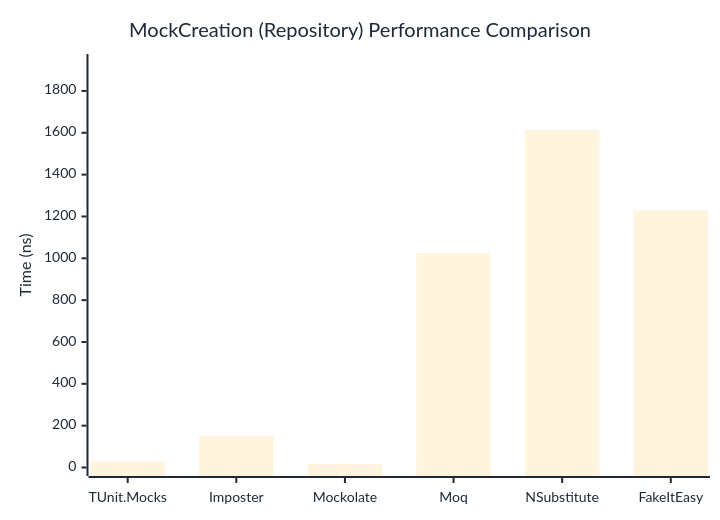
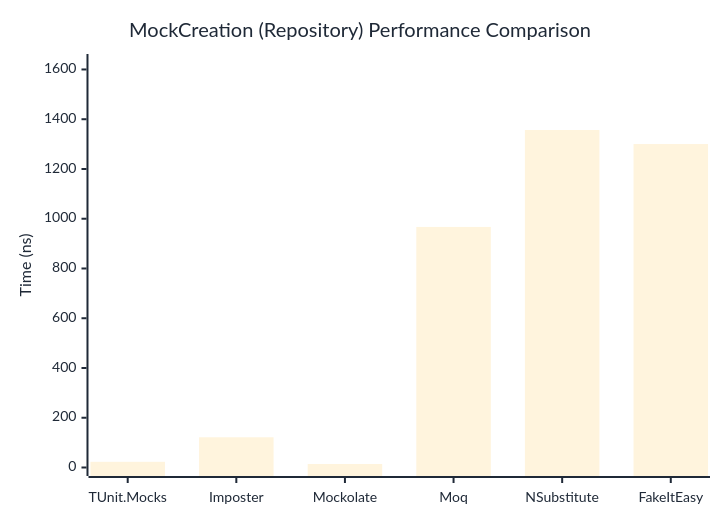
The second of 2 diagrams in docs/docs/benchmarks/mocks/MockCreation.md (thomhurst/TUnit), drawn with Mermaid before and after one commit. The commit also changed other lines of this file and 14 other files, not shown here.

````diff
--- a/docs/docs/benchmarks/mocks/MockCreation.md
+++ b/docs/docs/benchmarks/mocks/MockCreation.md
@@ -71,27 +71,27 @@
 ```mermaid
 %%{init: {
   'theme':'base',
   'themeVariables': {
     'primaryColor': '#2563eb',
     'primaryTextColor': '#1f2937',
     'primaryBorderColor': '#1e40af',
     'lineColor': '#6b7280',
     'secondaryColor': '#7c3aed',
     'tertiaryColor': '#dc2626',
     'background': '#ffffff',
     'pie1': '#2563eb',
     'pie2': '#7c3aed',
     'pie3': '#dc2626',
     'pie4': '#f59e0b',
     'pie5': '#10b981',
     'pie6': '#06b6d4',
     'pie7': '#ec4899',
     'pie8': '#6366f1'
   }
 }}%%
 xychart-beta
   title "MockCreation (Repository) Performance Comparison"
   x-axis ["TUnit.Mocks", "Imposter", "Mockolate", "Moq", "NSubstitute", "FakeItEasy"]
-  y-axis "Time (ns)" 0 --> 1936
-  bar [28.13, 148.37, 16.29, 1025.39, 1612.79, 1229.71]
+  y-axis "Time (ns)" 0 --> 1628
+  bar [22.86, 121.45, 14.06, 967.05, 1356.58, 1300.16]
 ```
````
